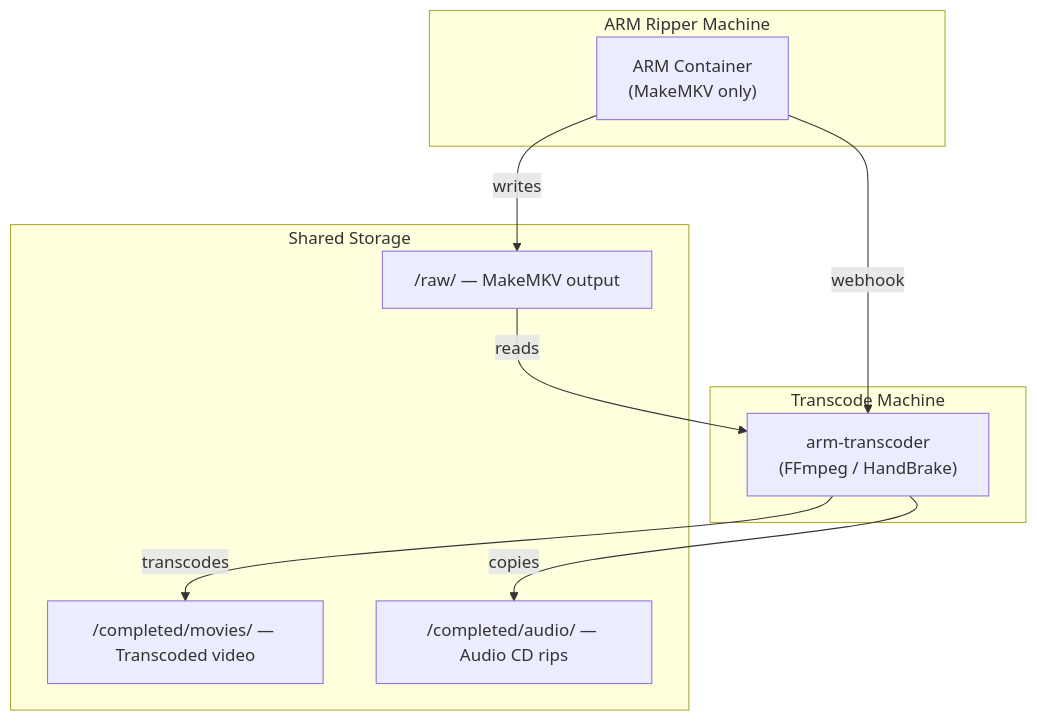
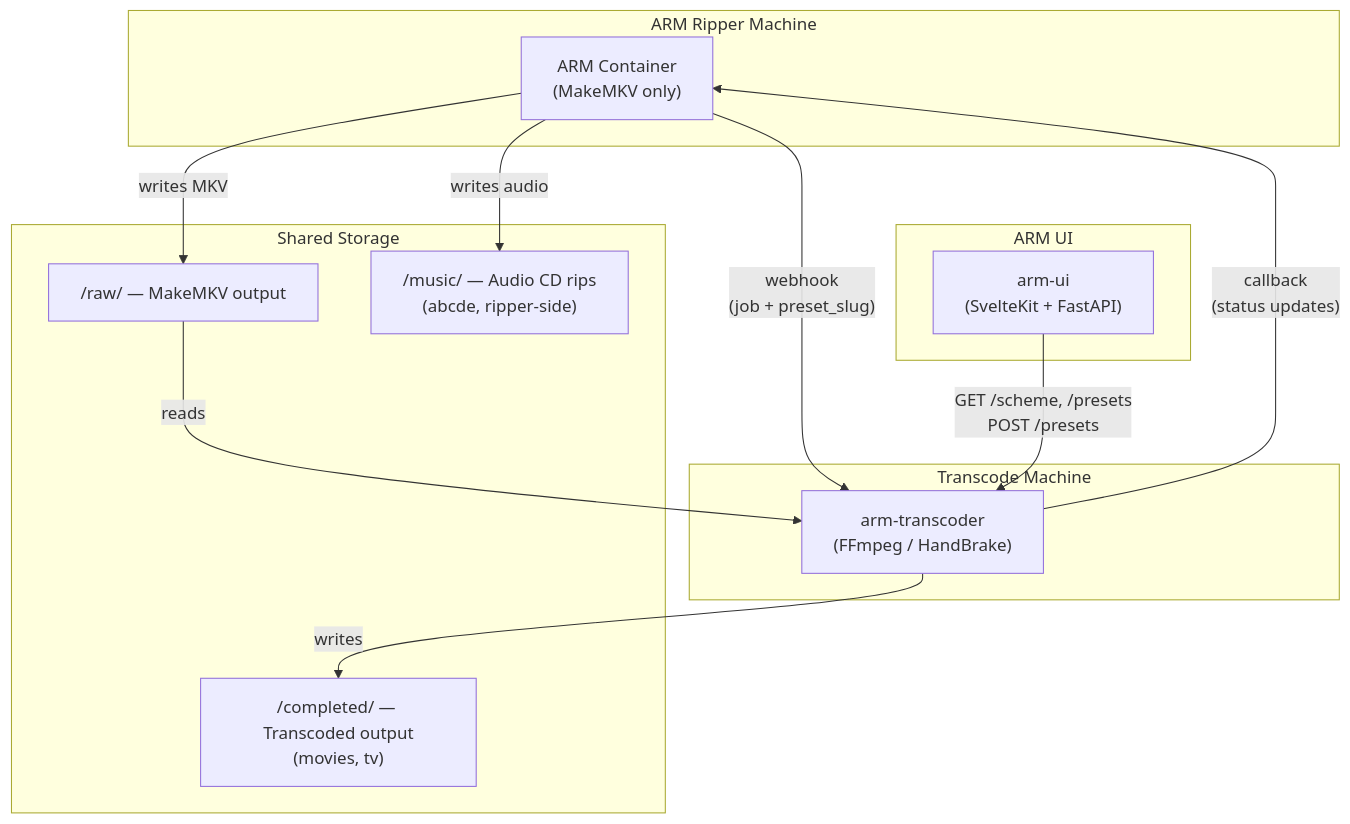
The diagram in README.md (uprightbass360/automatic-ripping-machine-transcoder), drawn with Mermaid before and after one commit.

Commit message:
docs: update architecture diagram with UI, callbacks, and preset API

````diff
--- a/README.md
+++ b/README.md
@@ -28,22 +28,28 @@
 ```mermaid
 flowchart TB
     subgraph ripper["ARM Ripper Machine"]
         ARM["ARM Container<br/>(MakeMKV only)"]
+    end
+
+    subgraph ui["ARM UI"]
+        UI["arm-ui<br/>(SvelteKit + FastAPI)"]
     end
 
     subgraph transcoder["Transcode Machine"]
         TC["arm-transcoder<br/>(FFmpeg / HandBrake)"]
     end
 
     subgraph storage["Shared Storage"]
         RAW["/raw/ — MakeMKV output"]
-        DONE["/completed/movies/ — Transcoded video"]
-        AUDIO["/completed/audio/ — Audio CD rips"]
+        DONE["/completed/ — Transcoded output<br/>(movies, tv)"]
+        MUSIC["/music/ — Audio CD rips<br/>(abcde, ripper-side)"]
     end
 
-    ARM -- "webhook" --> TC
-    ARM -- "writes" --> RAW
+    ARM -- "webhook<br/>(job + preset_slug)" --> TC
+    TC -- "callback<br/>(status updates)" --> ARM
+    UI -- "GET /scheme, /presets<br/>POST /presets" --> TC
+    ARM -- "writes MKV" --> RAW
+    ARM -- "writes audio" --> MUSIC
     RAW -- "reads" --> TC
-    TC -- "transcodes" --> DONE
-    TC -- "copies" --> AUDIO
+    TC -- "writes" --> DONE
 ```
````
